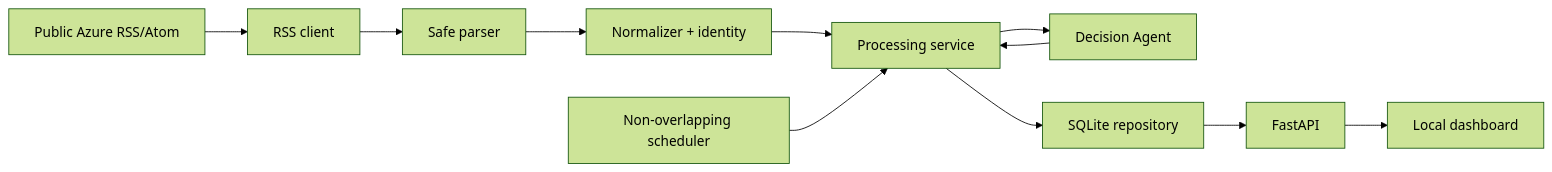
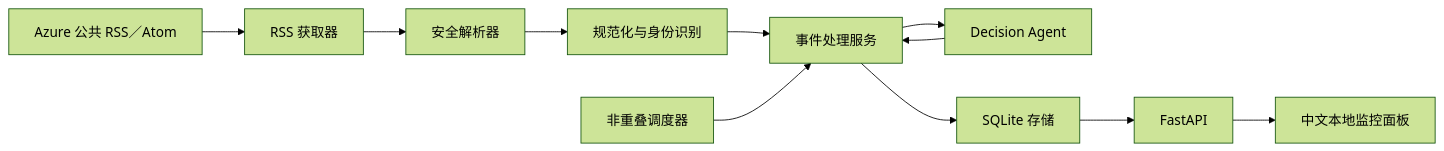
The diagram in README.md (tuzhechen2005/task4-azure-incident-agent), drawn with Mermaid (forest theme) before and after one commit. The commit also changed other lines of this file and 12 other files, not shown here.

````diff
--- a/README.md
+++ b/README.md
@@ -21,13 +21,13 @@
 ```mermaid
 flowchart LR
-    RSS["Public Azure RSS/Atom"] --> Fetch["RSS client"]
-    Fetch --> Parse["Safe parser"]
-    Parse --> Normalize["Normalizer + identity"]
-    Normalize --> Service["Processing service"]
+    RSS["Azure 公共 RSS／Atom"] --> Fetch["RSS 获取器"]
+    Fetch --> Parse["安全解析器"]
+    Parse --> Normalize["规范化与身份识别"]
+    Normalize --> Service["事件处理服务"]
     Service --> Agent["Decision Agent"]
     Agent --> Service
-    Service --> SQLite["SQLite repository"]
-    Scheduler["Non-overlapping scheduler"] --> Service
+    Service --> SQLite["SQLite 存储"]
+    Scheduler["非重叠调度器"] --> Service
     SQLite --> API["FastAPI"]
-    API --> UI["Local dashboard"]
+    API --> UI["中文本地监控面板"]
 ```
````
